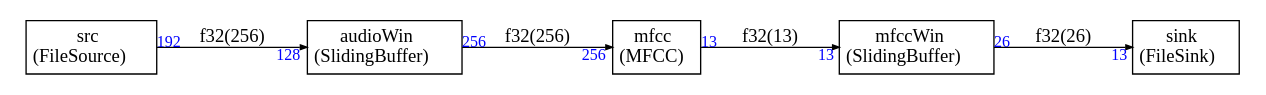
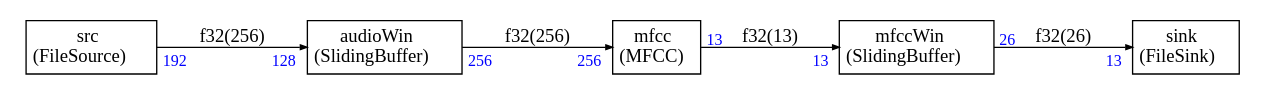
The diagram in SDFTools/examples/example6/test.dot (ARM-software/CMSIS-DSP), drawn with Graphviz before and after one commit. The commit also changed 14 other files, not shown here.

```diff
--- a/SDFTools/examples/example6/test.dot
+++ b/SDFTools/examples/example6/test.dot
@@ -1,57 +1,73 @@
 
 
 
 digraph structs {
     node [shape=plaintext]
     rankdir=LR
     edge [arrowsize=0.5]
     fontname="times"
 
 
 audioWin [label=<
 <TABLE BORDER="0" CELLBORDER="1" CELLSPACING="0" CELLPADDING="4">
   <TR>
     <TD ALIGN="CENTER" PORT="i">audioWin<BR/>(SlidingBuffer)</TD>
   </TR>
 </TABLE>>];
 
 mfcc [label=<
 <TABLE BORDER="0" CELLBORDER="1" CELLSPACING="0" CELLPADDING="4">
   <TR>
     <TD ALIGN="CENTER" PORT="i">mfcc<BR/>(MFCC)</TD>
   </TR>
 </TABLE>>];
 
 mfccWin [label=<
 <TABLE BORDER="0" CELLBORDER="1" CELLSPACING="0" CELLPADDING="4">
   <TR>
     <TD ALIGN="CENTER" PORT="i">mfccWin<BR/>(SlidingBuffer)</TD>
   </TR>
 </TABLE>>];
 
 sink [label=<
 <TABLE BORDER="0" CELLBORDER="1" CELLSPACING="0" CELLPADDING="4">
   <TR>
     <TD ALIGN="CENTER" PORT="i">sink<BR/>(FileSink)</TD>
   </TR>
 </TABLE>>];
 
 src [label=<
 <TABLE BORDER="0" CELLBORDER="1" CELLSPACING="0" CELLPADDING="4">
   <TR>
     <TD ALIGN="CENTER" PORT="i">src<BR/>(FileSource)</TD>
   </TR>
 </TABLE>>];
 
 
 
-src:i -> audioWin:i [headlabel=<<FONT COLOR="blue" POINT-SIZE="12.0" >128</FONT>>,taillabel=<<FONT COLOR="blue" POINT-SIZE="12.0" >192</FONT>>,label="f32(256)"]
+src:i -> audioWin:i [headlabel=<
+<TABLE BORDER="0" CELLPADDING="2"><TR><TD><FONT COLOR="blue" POINT-SIZE="12.0" >128</FONT>
+</TD></TR></TABLE>>,taillabel=<
+<TABLE BORDER="0" CELLPADDING="2"><TR><TD><FONT COLOR="blue" POINT-SIZE="12.0" >192</FONT>
+</TD></TR></TABLE>>,label="f32(256)"]
 
-audioWin:i -> mfcc:i [headlabel=<<FONT COLOR="blue" POINT-SIZE="12.0" >256</FONT>>,taillabel=<<FONT COLOR="blue" POINT-SIZE="12.0" >256</FONT>>,label="f32(256)"]
+audioWin:i -> mfcc:i [headlabel=<
+<TABLE BORDER="0" CELLPADDING="2"><TR><TD><FONT COLOR="blue" POINT-SIZE="12.0" >256</FONT>
+</TD></TR></TABLE>>,taillabel=<
+<TABLE BORDER="0" CELLPADDING="2"><TR><TD><FONT COLOR="blue" POINT-SIZE="12.0" >256</FONT>
+</TD></TR></TABLE>>,label="f32(256)"]
 
-mfcc:i -> mfccWin:i [headlabel=<<FONT COLOR="blue" POINT-SIZE="12.0" >13</FONT>>,taillabel=<<FONT COLOR="blue" POINT-SIZE="12.0" >13</FONT>>,label="f32(13)"]
+mfcc:i -> mfccWin:i [headlabel=<
+<TABLE BORDER="0" CELLPADDING="2"><TR><TD><FONT COLOR="blue" POINT-SIZE="12.0" >13</FONT>
+</TD></TR></TABLE>>,taillabel=<
+<TABLE BORDER="0" CELLPADDING="2"><TR><TD><FONT COLOR="blue" POINT-SIZE="12.0" >13</FONT>
+</TD></TR></TABLE>>,label="f32(13)"]
 
-mfccWin:i -> sink:i [headlabel=<<FONT COLOR="blue" POINT-SIZE="12.0" >13</FONT>>,taillabel=<<FONT COLOR="blue" POINT-SIZE="12.0" >26</FONT>>,label="f32(26)"]
+mfccWin:i -> sink:i [headlabel=<
+<TABLE BORDER="0" CELLPADDING="2"><TR><TD><FONT COLOR="blue" POINT-SIZE="12.0" >13</FONT>
+</TD></TR></TABLE>>,taillabel=<
+<TABLE BORDER="0" CELLPADDING="2"><TR><TD><FONT COLOR="blue" POINT-SIZE="12.0" >26</FONT>
+</TD></TR></TABLE>>,label="f32(26)"]
 
 
 }
```
